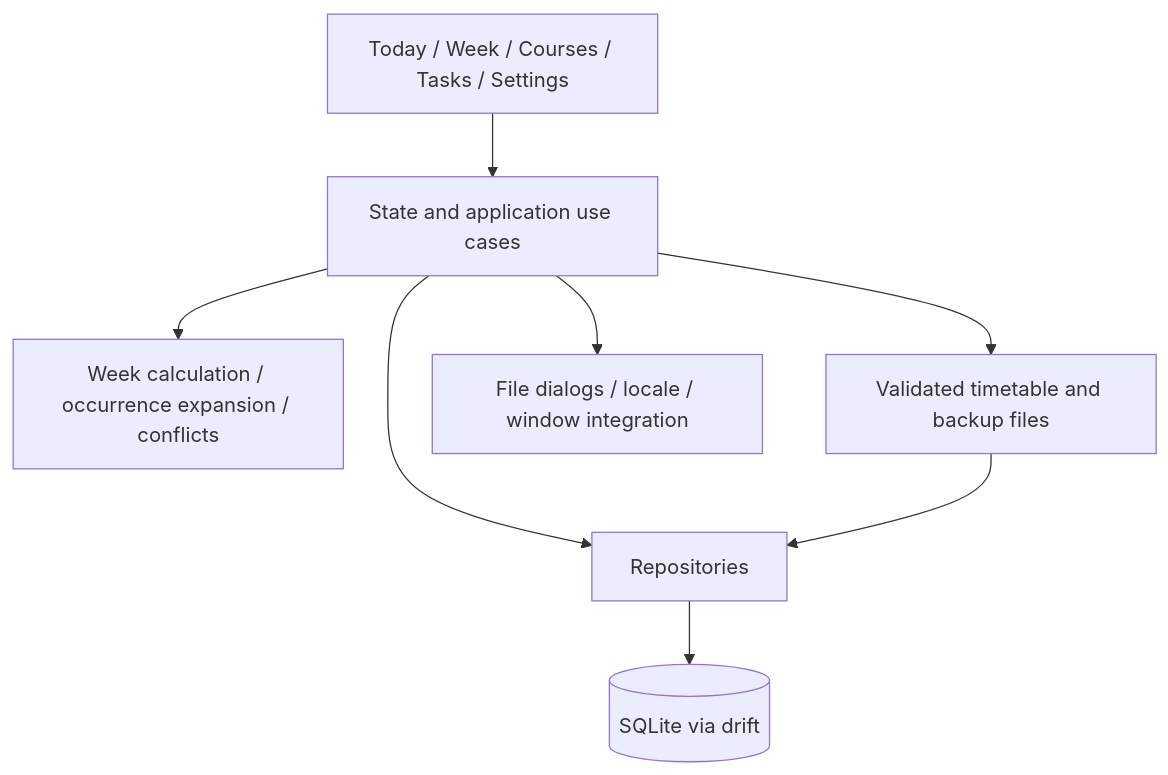
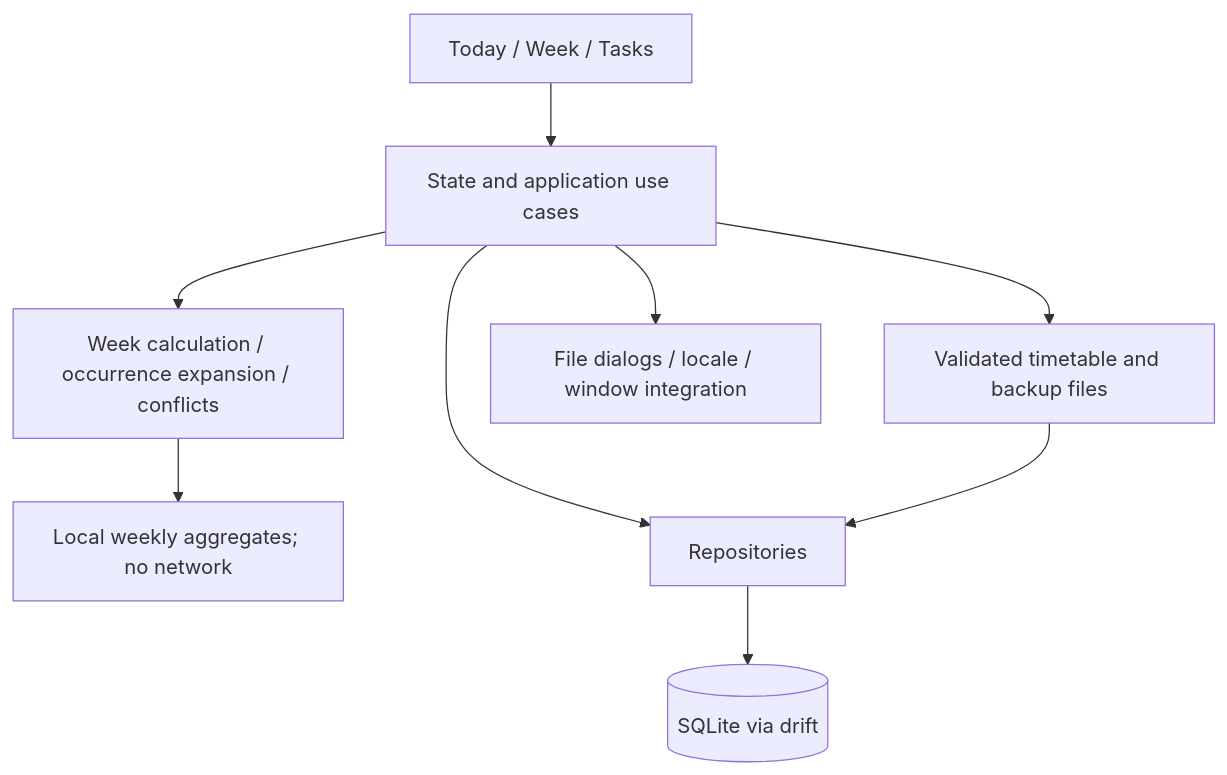
Before and after one commit to lorendw7/Cadence: the diagram in docs/ARCHITECTURE.md, drawn with Mermaid. The commit also changed other lines of this file and 19 other files, not shown here.

````diff
--- a/docs/ARCHITECTURE.md
+++ b/docs/ARCHITECTURE.md
@@ -7,10 +7,11 @@
 ```mermaid
 flowchart TD
-    UI[Today / Week / Courses / Tasks / Settings] --> State[State and application use cases]
+    UI[Today / Week / Tasks] --> State[State and application use cases]
     State --> Domain[Week calculation / occurrence expansion / conflicts]
+    Domain --> Review[Local weekly aggregates; no network]
     State --> Repo[Repositories]
     Repo --> DB[(SQLite via drift)]
     State --> Files[Validated timetable and backup files]
     Files --> Repo
     State --> Platform[File dialogs / locale / window integration]
 ```
````
